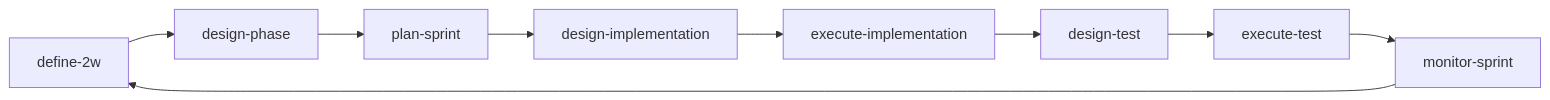
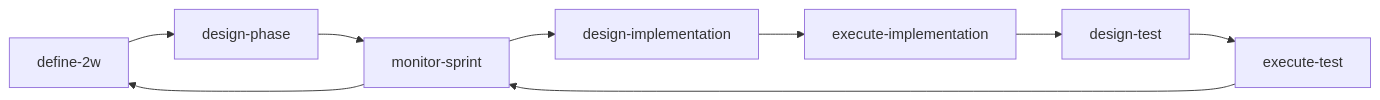
Before and after one commit to JuJin1324/problem-solving-skills: the diagram in docs/operations/skills-operations.md, drawn with Mermaid. The commit also changed other lines of this file and 26 other files, not shown here.

Commit message:
refactor: sync codex skills workflow and remove plan-sprint

````diff
--- a/docs/operations/skills-operations.md
+++ b/docs/operations/skills-operations.md
@@ -8,11 +8,11 @@
 ```mermaid
 flowchart LR
   A[define-2w] --> B[design-phase]
-  B --> C[plan-sprint]
+  B --> C[monitor-sprint]
   C --> D[design-implementation]
   D --> E[execute-implementation]
   E --> F[design-test]
   F --> G[execute-test]
-  G --> H[monitor-sprint]
-  H --> A
+  G --> C
+  C --> A
 ```
````
